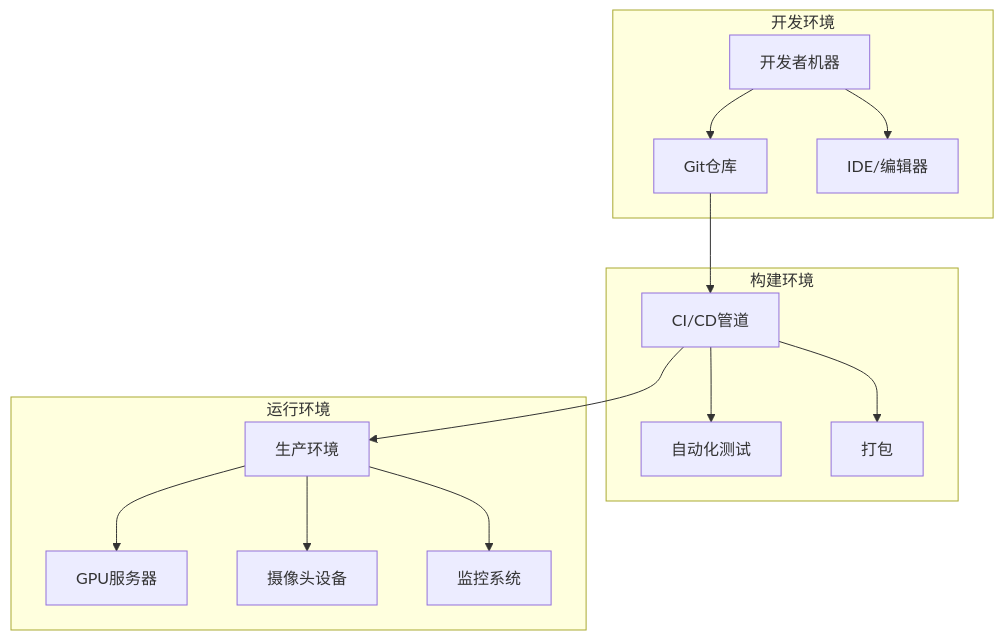
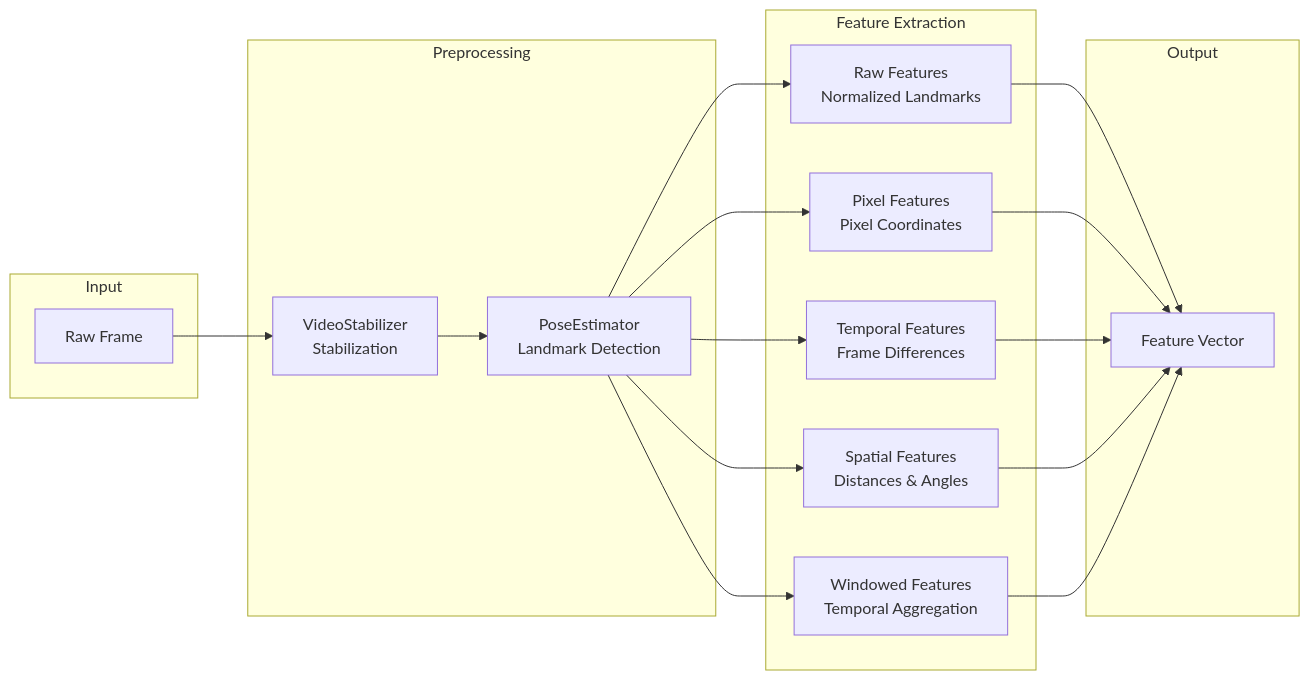
Before and after one commit to franciszero/RopeJumpCounter: the fifth of 10 diagrams in docs/ARCHITECTURE.md, drawn with Mermaid. The commit also changed other lines of this file and 289 other files, not shown here.

````diff
--- a/docs/ARCHITECTURE.md
+++ b/docs/ARCHITECTURE.md
@@ -150,24 +203,36 @@
 ```mermaid
-graph TB
-    subgraph "开发环境"
-        DEV[开发者机器]
-        DEV --> GIT[Git仓库]
-        DEV --> IDE[IDE/编辑器]
+flowchart LR
+    subgraph "Input"
+        FRAME[Raw Frame]
     end
     
-    subgraph "构建环境"
-        BUILD[CI/CD管道]
-        BUILD --> TEST[自动化测试]
-        BUILD --> PACKAGE[打包]
+    subgraph "Preprocessing"
+        STAB[VideoStabilizer<br/>Stabilization]
+        POSE[PoseEstimator<br/>Landmark Detection]
     end
     
-    subgraph "运行环境"
-        PROD[生产环境]
-        PROD --> GPU[GPU服务器]
-        PROD --> CAM[摄像头设备]
-        PROD --> MONITOR[监控系统]
+    subgraph "Feature Extraction"
+        RAW[Raw Features<br/>Normalized Landmarks]
+        RAW_PX[Pixel Features<br/>Pixel Coordinates]
+        DIFF[Temporal Features<br/>Frame Differences]
+        SPATIAL[Spatial Features<br/>Distances & Angles]
+        WINDOW[Windowed Features<br/>Temporal Aggregation]
     end
     
-    GIT --> BUILD
-    BUILD --> PROD
+    subgraph "Output"
+        FEATURES[Feature Vector]
+    end
+    
+    FRAME --> STAB
+    STAB --> POSE
+    POSE --> RAW
+    POSE --> RAW_PX
+    POSE --> DIFF
+    POSE --> SPATIAL
+    POSE --> WINDOW
+    RAW --> FEATURES
+    RAW_PX --> FEATURES
+    DIFF --> FEATURES
+    SPATIAL --> FEATURES
+    WINDOW --> FEATURES
 ```
````
